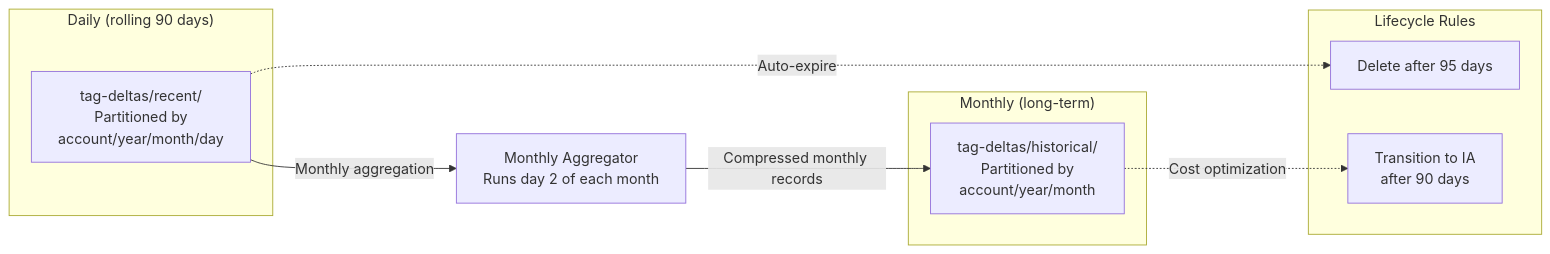
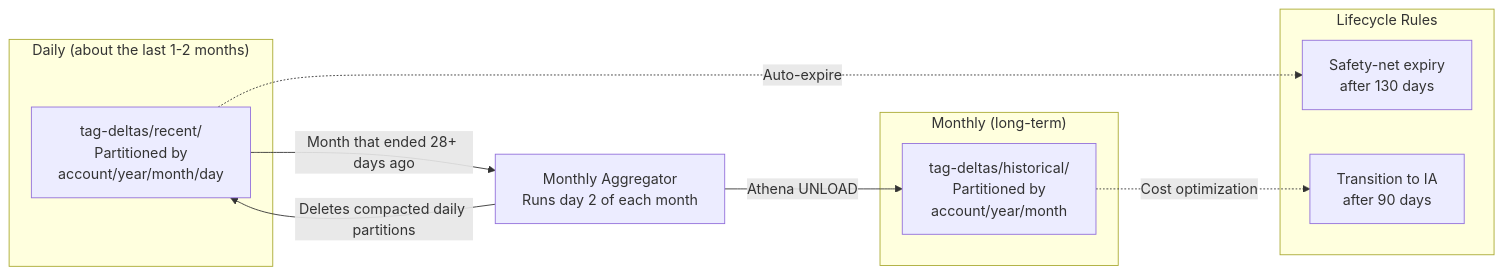
Before and after one commit to aws-samples/sample-multi-account-tag-governance-insights: the fourth of 4 diagrams in docs/ORCHESTRATION.md, drawn with Mermaid. The commit also changed other lines of this file and 86 other files, not shown here.

````diff
--- a/docs/ORCHESTRATION.md
+++ b/docs/ORCHESTRATION.md
@@ -130,22 +124,23 @@
 ```mermaid
 flowchart LR
-    subgraph Daily["Daily (rolling 90 days)"]
+    subgraph Daily["Daily (about the last 1-2 months)"]
         R[tag-deltas/recent/\nPartitioned by\naccount/year/month/day]
     end
 
     subgraph Monthly["Monthly (long-term)"]
         H[tag-deltas/historical/\nPartitioned by\naccount/year/month]
     end
 
     subgraph Lifecycle["Lifecycle Rules"]
-        D95[Delete after 95 days]
+        D130[Safety-net expiry\nafter 130 days]
         IA[Transition to IA\nafter 90 days]
     end
 
     MA[Monthly Aggregator\nRuns day 2 of each month]
 
-    R -->|Monthly aggregation| MA
-    MA -->|Compressed monthly records| H
-    R -.->|Auto-expire| D95
+    R -->|Month that ended 28+ days ago| MA
+    MA -->|Athena UNLOAD| H
+    MA -->|Deletes compacted daily partitions| R
+    R -.->|Auto-expire| D130
     H -.->|Cost optimization| IA
 ```
````
